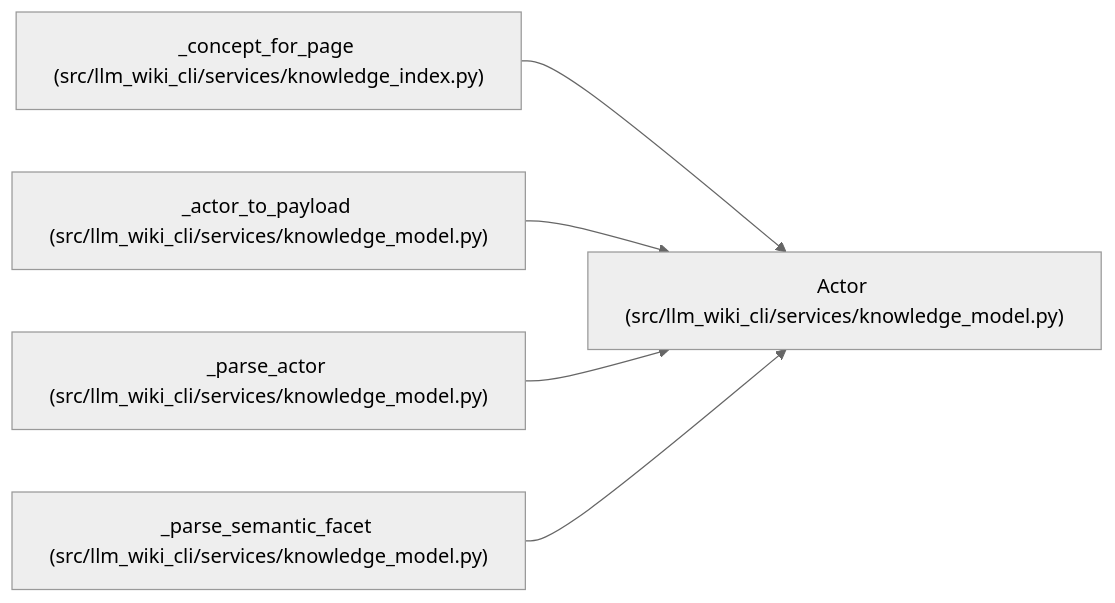
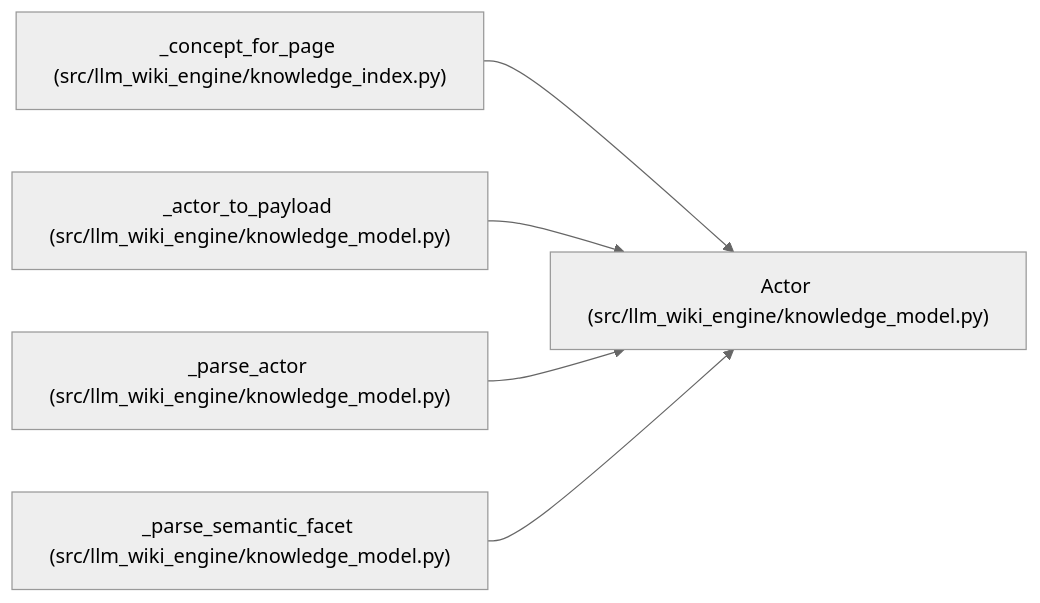
Before and after one commit to Denissvgn/python-wiki-llm: the diagram in docs/llm_wiki/entities/Actor.md, drawn with Mermaid (neutral theme). The commit also changed other lines of this file and 1058 other files, not shown here.

First line of the commit message:
docs: refresh the wiki for the knowledge store move

````diff
--- a/docs/llm_wiki/entities/Actor.md
+++ b/docs/llm_wiki/entities/Actor.md
@@ -34,17 +34,17 @@
 ```mermaid
 flowchart LR
-    n0["Actor (src/llm_wiki_cli/services/knowledge_model.py)"]
-    n1["_concept_for_page (src/llm_wiki_cli/services/knowledge_index.py)"]
-    n2["_actor_to_payload (src/llm_wiki_cli/services/knowledge_model.py)"]
-    n3["_parse_actor (src/llm_wiki_cli/services/knowledge_model.py)"]
-    n4["_parse_semantic_facet (src/llm_wiki_cli/services/knowledge_model.py)"]
+    n0["Actor (src/llm_wiki_engine/knowledge_model.py)"]
+    n1["_concept_for_page (src/llm_wiki_engine/knowledge_index.py)"]
+    n2["_actor_to_payload (src/llm_wiki_engine/knowledge_model.py)"]
+    n3["_parse_actor (src/llm_wiki_engine/knowledge_model.py)"]
+    n4["_parse_semantic_facet (src/llm_wiki_engine/knowledge_model.py)"]
     n1 --> n0
     n2 --> n0
     n3 --> n0
     n4 --> n0
     click n0 "../modules/knowledge_model.md"
     click n1 "../modules/knowledge_index.md"
     click n2 "../modules/knowledge_model.md"
     click n3 "../modules/knowledge_model.md"
     click n4 "../modules/knowledge_model.md"
 ```
````
